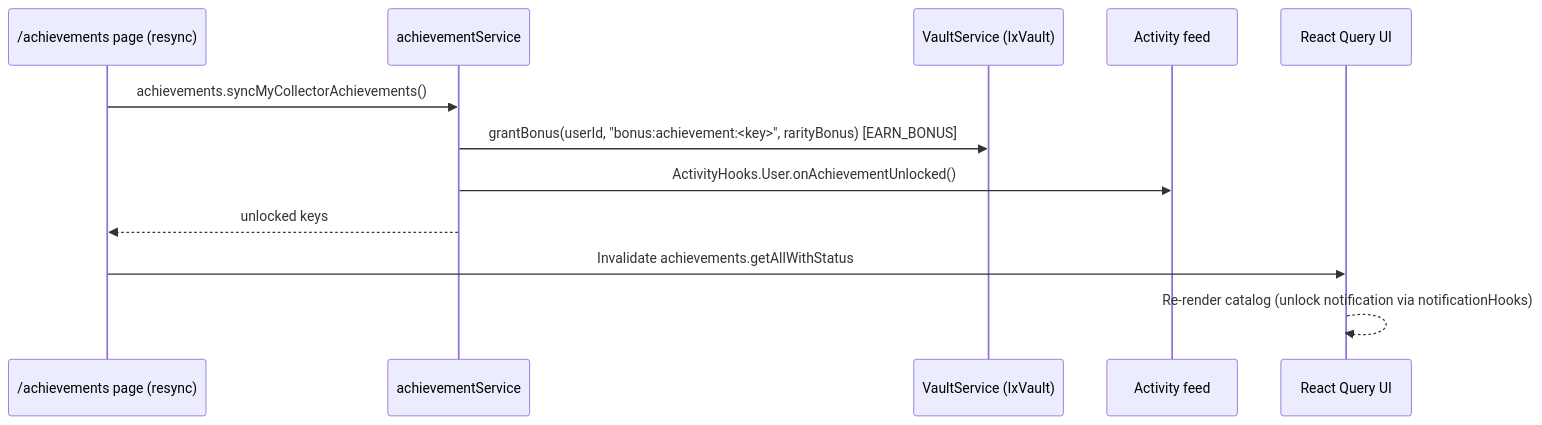
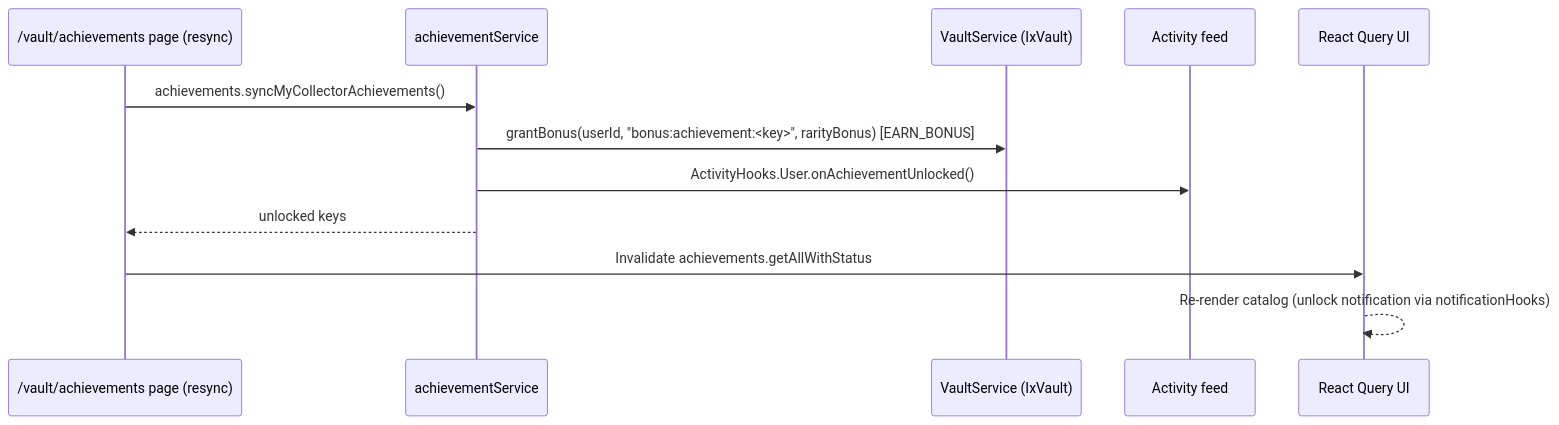
Before and after one commit to algolds/ixstats: the diagram in docs/systems/achievements.md, drawn with Mermaid. The commit also changed other lines of this file and 54 other files, not shown here.

````diff
--- a/docs/systems/achievements.md
+++ b/docs/systems/achievements.md
@@ -47,15 +68,15 @@
 ```mermaid
 sequenceDiagram
-    participant Engine as /achievements page (resync)
+    participant Engine as /vault/achievements page (resync)
     participant Router as achievementService
     participant Vault as VaultService (IxVault)
     participant Feed as Activity feed
     participant Client as React Query UI
 
     Engine->>Router: achievements.syncMyCollectorAchievements()
     Router->>Vault: grantBonus(userId, "bonus:achievement:<key>", rarityBonus) [EARN_BONUS]
     Router->>Feed: ActivityHooks.User.onAchievementUnlocked()
     Router-->>Engine: unlocked keys
     Engine->>Client: Invalidate achievements.getAllWithStatus
     Client-->>Client: Re-render catalog (unlock notification via notificationHooks)
 ```
````
